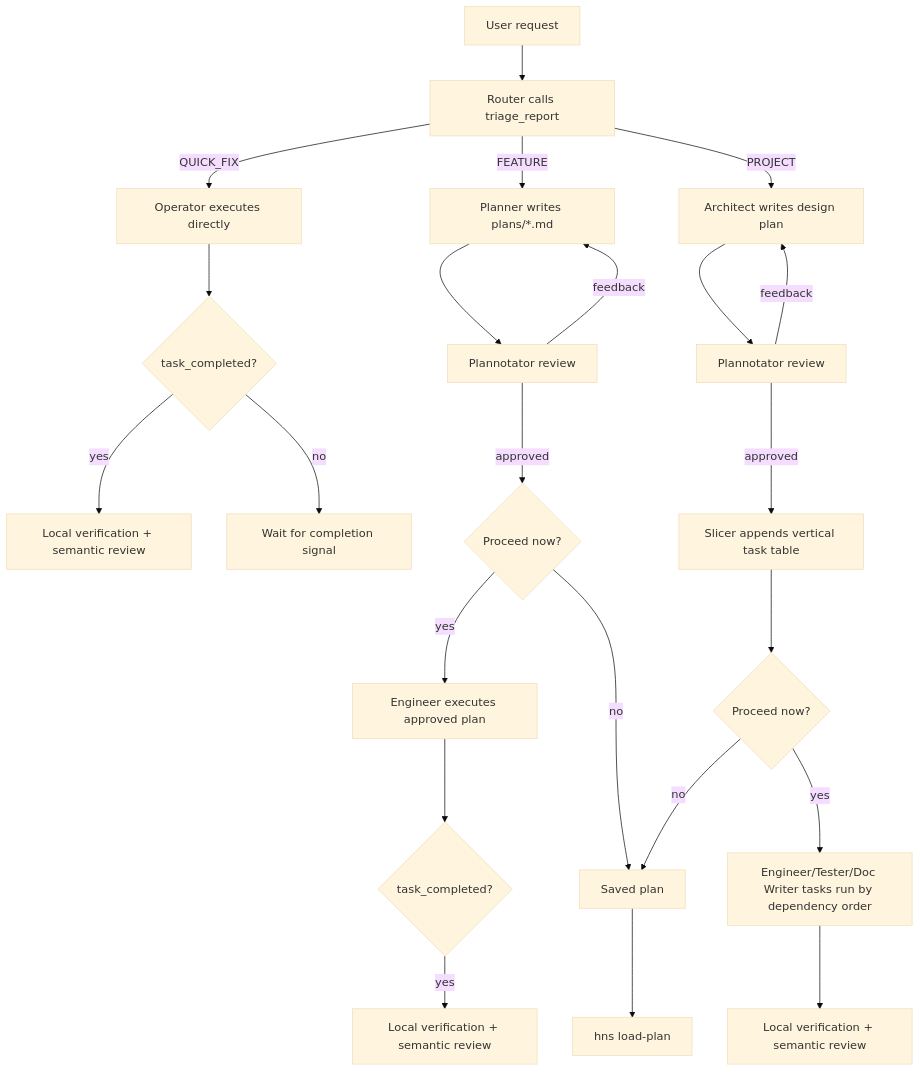
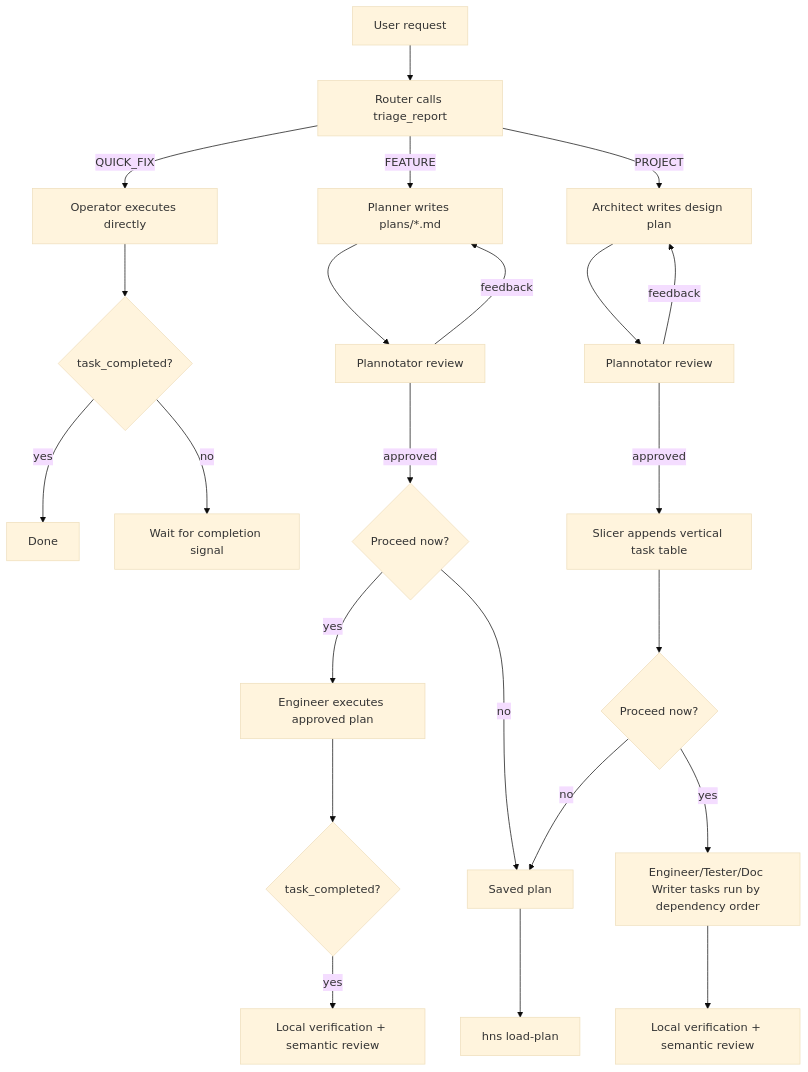
Before and after one commit to gandazgul/harns: the diagram in README.md, drawn with Mermaid (base theme). The commit also changed other lines of this file and 16 other files, not shown here.

````diff
--- a/README.md
+++ b/README.md
@@ -40,29 +40,29 @@
 ```mermaid
 flowchart TD
     U[User request] --> R[Router calls triage_report]
 
     R -->|QUICK_FIX| O[Operator executes directly]
     O --> TC1{task_completed?}
-    TC1 -->|yes| V1[Local verification + semantic review]
+    TC1 -->|yes| QD[Done]
     TC1 -->|no| W1[Wait for completion signal]
 
     R -->|FEATURE| P[Planner writes plans/*.md]
     P --> PR[Plannotator review]
     PR -->|feedback| P
     PR -->|approved| PA{Proceed now?}
     PA -->|yes| E[Engineer executes approved plan]
     PA -->|no| SP[Saved plan]
     E --> TC2{task_completed?}
     TC2 -->|yes| V2[Local verification + semantic review]
 
     R -->|PROJECT| A[Architect writes design plan]
     A --> PR2[Plannotator review]
     PR2 -->|feedback| A
     PR2 -->|approved| S[Slicer appends vertical task table]
     S --> PX{Proceed now?}
     PX -->|yes| T[Engineer/Tester/Doc Writer tasks run by dependency order]
     PX -->|no| SP
     T --> V3[Local verification + semantic review]
 
     SP --> LP[hns load-plan]
 ```
````
